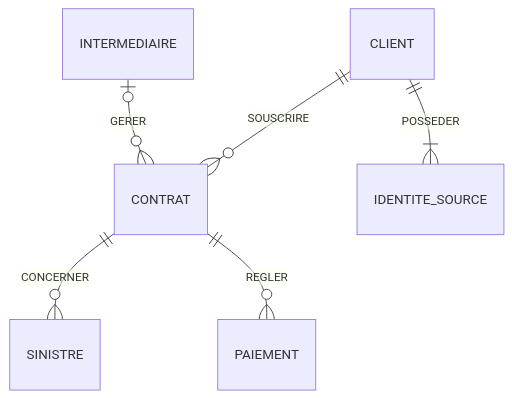
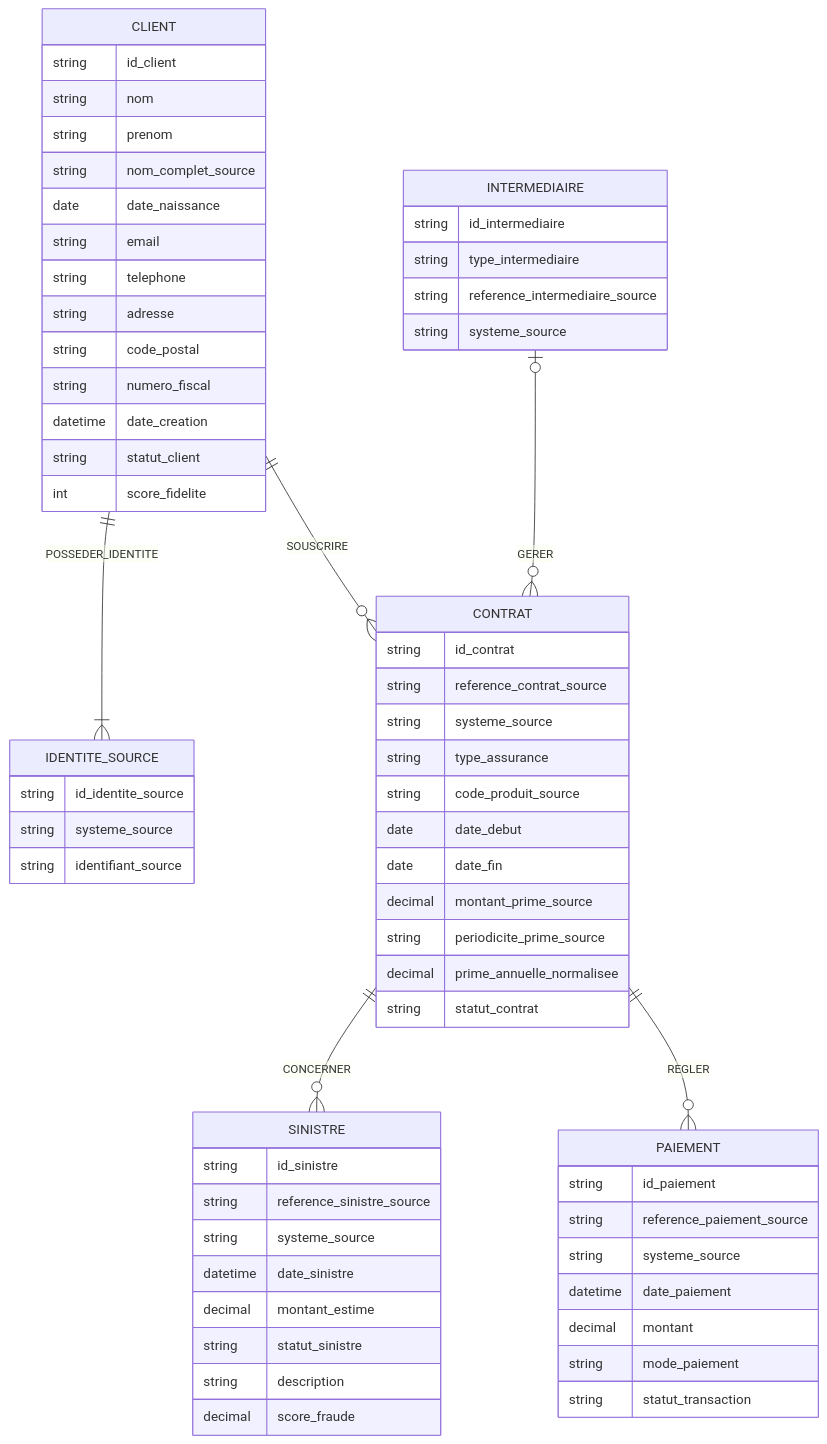
One commit to LandryToubaKobenzo/abassurance-data-platform changed the diagram in docs/mcd/mcd_unifie.md. Above: the diagram before and after it, drawn with Mermaid. The commit also changed other lines of this file, not shown here.

````diff
--- a/docs/mcd/mcd_unifie.md
+++ b/docs/mcd/mcd_unifie.md
@@ -19,8 +137,72 @@
 ```mermaid
 erDiagram
+    CLIENT ||--|{ IDENTITE_SOURCE : POSSEDER_IDENTITE
     CLIENT ||--o{ CONTRAT : SOUSCRIRE
     CONTRAT ||--o{ SINISTRE : CONCERNER
     CONTRAT ||--o{ PAIEMENT : REGLER
     INTERMEDIAIRE o|--o{ CONTRAT : GERER
-    CLIENT ||--|{ IDENTITE_SOURCE : POSSEDER
+
+    CLIENT {
+        string id_client
+        string nom
+        string prenom
+        string nom_complet_source
+        date date_naissance
+        string email
+        string telephone
+        string adresse
+        string code_postal
+        string numero_fiscal
+        datetime date_creation
+        string statut_client
+        int score_fidelite
+    }
+
+    IDENTITE_SOURCE {
+        string id_identite_source
+        string systeme_source
+        string identifiant_source
+    }
+
+    CONTRAT {
+        string id_contrat
+        string reference_contrat_source
+        string systeme_source
+        string type_assurance
+        string code_produit_source
+        date date_debut
+        date date_fin
+        decimal montant_prime_source
+        string periodicite_prime_source
+        decimal prime_annuelle_normalisee
+        string statut_contrat
+    }
+
+    SINISTRE {
+        string id_sinistre
+        string reference_sinistre_source
+        string systeme_source
+        datetime date_sinistre
+        decimal montant_estime
+        string statut_sinistre
+        string description
+        decimal score_fraude
+    }
+
+    PAIEMENT {
+        string id_paiement
+        string reference_paiement_source
+        string systeme_source
+        datetime date_paiement
+        decimal montant
+        string mode_paiement
+        string statut_transaction
+    }
+
+    INTERMEDIAIRE {
+        string id_intermediaire
+        string type_intermediaire
+        string reference_intermediaire_source
+        string systeme_source
+    }
 ```
````
